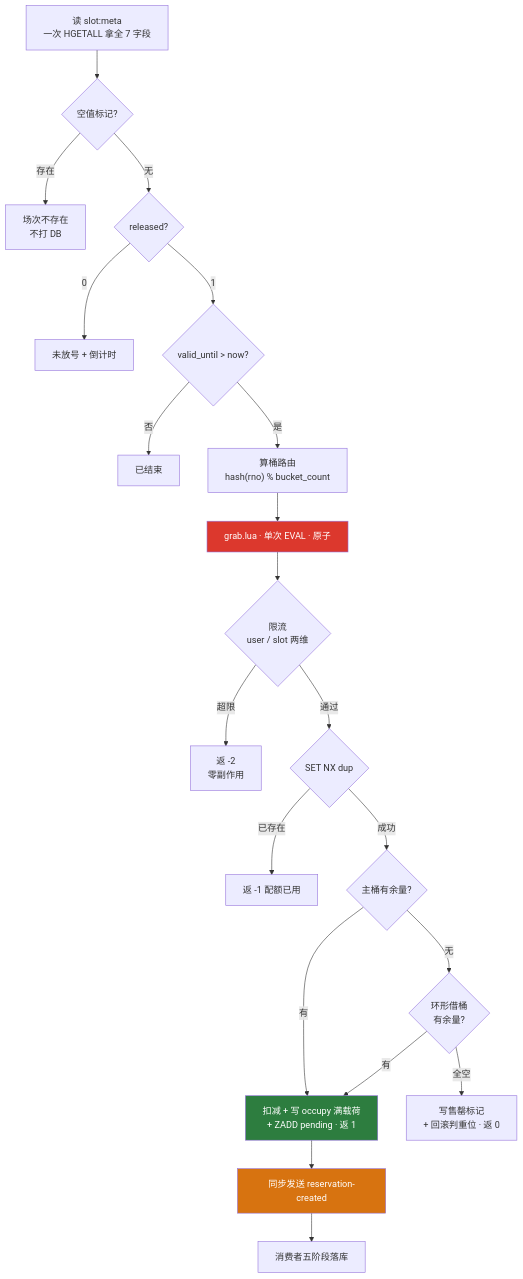
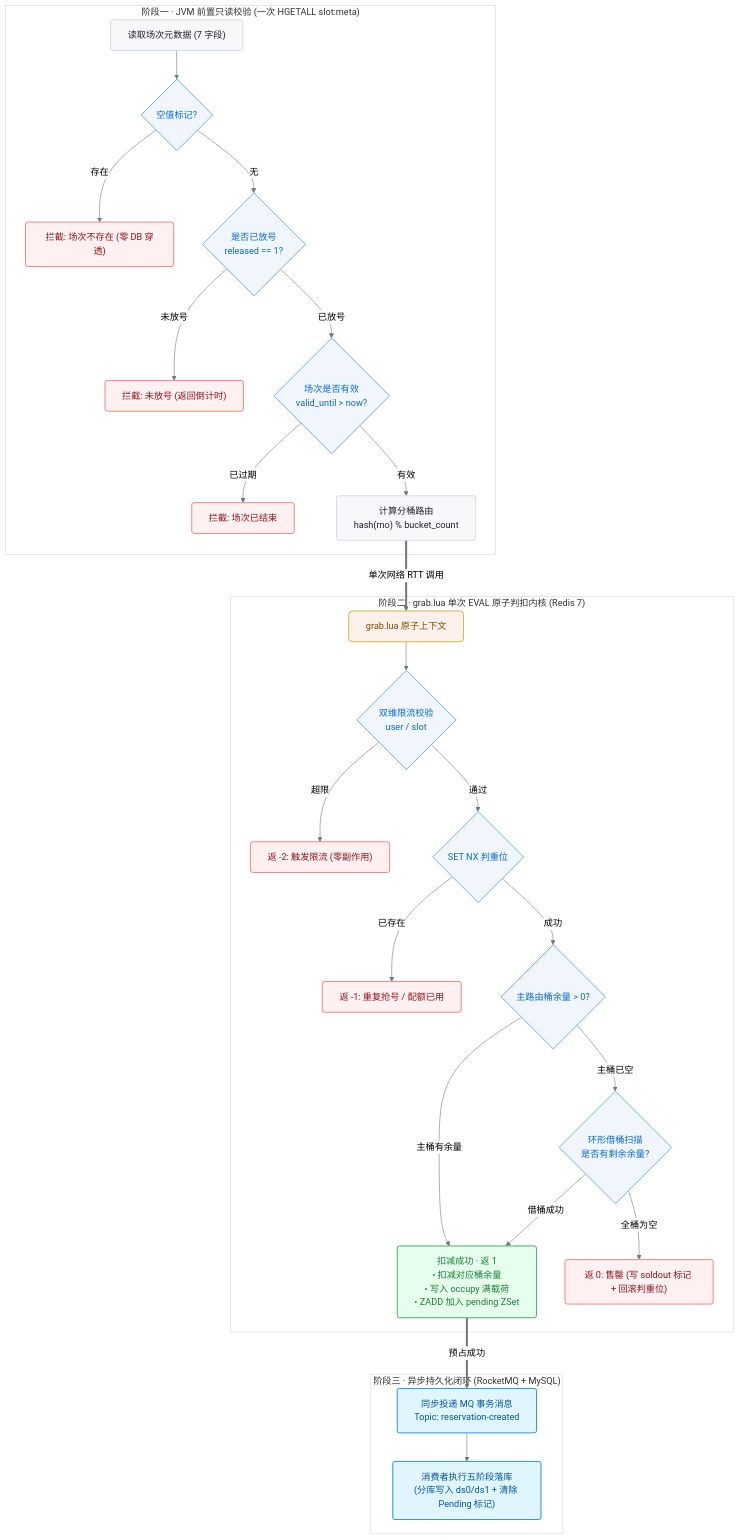
Before and after one commit to s1oopX/ReserveX: the second of 2 diagrams in README.md, drawn with Mermaid. The commit also changed other lines of this file, not shown here.

````diff
--- a/README.md
+++ b/README.md
@@ -211,29 +242,81 @@
 ```mermaid
+%%{init: {'theme': 'neutral', 'themeVariables': { 'clusterBkg': '#ffffff', 'clusterBorder': '#d0d7de', 'primaryColor': '#f6f8fa', 'primaryBorderColor': '#d0d7de', 'lineColor': '#6e7681' }}}%%
 flowchart TD
-    S["读 slot:meta<br/>一次 HGETALL 拿全 7 字段"] --> Q1{"空值标记?"}
-    Q1 -->|存在| E1["场次不存在<br/>不打 DB"]
-    Q1 -->|无| Q2{"released?"}
-    Q2 -->|0| E2["未放号 + 倒计时"]
-    Q2 -->|1| Q3{"valid_until > now?"}
-    Q3 -->|否| E3["已结束"]
-    Q3 -->|是| R["算桶路由<br/>hash(rno) % bucket_count"]
+    %% 统一现代工业级配色规范
+    classDef default fill:#f6f8fa,stroke:#d0d7de,stroke-width:1.5px,color:#1f2328,rx:4px,ry:4px;
+    classDef decision fill:#f0f6fc,stroke:#58a6ff,stroke-width:1.5px,color:#0969da;
+    classDef reject fill:#fff0f2,stroke:#f85149,stroke-width:1.2px,color:#8e1519,rx:4px,ry:4px;
+    classDef success fill:#e6ffed,stroke:#2da44e,stroke-width:1.5px,color:#1a7f37,rx:4px,ry:4px;
+    classDef luaCore fill:#fbf0ea,stroke:#d4a72c,stroke-width:1.5px,color:#7d4e00,rx:6px,ry:6px;
+    classDef asyncStage fill:#e1f5fe,stroke:#0288d1,stroke-width:1.5px,color:#01579b,rx:4px,ry:4px;
 
-    R --> LUA["grab.lua · 单次 EVAL · 原子"]
+    %% 阶段一：前置只读准入校验
+    subgraph STAGE_1 ["阶段一 · JVM 前置只读校验 (一次 HGETALL slot:meta)"]
+        S["读取场次元数据 (7 字段)"]
+        Q1{"空值标记?"}:::decision
+        E1["拦截: 场次不存在 (零 DB 穿透)"]:::reject
+        
+        Q2{"是否已放号<br/>released == 1?"}:::decision
+        E2["拦截: 未放号 (返回倒计时)"]:::reject
+        
+        Q3{"场次是否有效<br/>valid_until > now?"}:::decision
+        E3["拦截: 场次已结束"]:::reject
+        
+        R["计算分桶路由<br/>hash(rno) % bucket_count"]
+    end
 
-    LUA --> G1{"限流<br/>user / slot 两维"}
-    G1 -->|超限| X1["返 -2<br/>零副作用"]
-    G1 -->|通过| G2{"SET NX dup"}
-    G2 -->|已存在| X2["返 -1 配额已用"]
-    G2 -->|成功| G3{"主桶有余量?"}
-    G3 -->|有| OK["扣减 + 写 occupy 满载荷<br/>+ ZADD pending · 返 1"]
-    G3 -->|无| G4{"环形借桶<br/>有余量?"}
-    G4 -->|有| OK
-    G4 -->|全空| X3["写售罄标记<br/>+ 回滚判重位 · 返 0"]
+    %% 阶段二：Lua 原子执行内核
+    subgraph STAGE_2 ["阶段二 · grab.lua 单次 EVAL 原子判扣内核 (Redis 7)"]
+        LUA["grab.lua 原子上下文"]:::luaCore
+        
+        G1{"双维限流校验<br/>user / slot"}:::decision
+        X1["返 -2: 触发限流 (零副作用)"]:::reject
+        
+        G2{"SET NX 判重位"}:::decision
+        X2["返 -1: 重复抢号 / 配额已用"]:::reject
+        
+        G3{"主路由桶余量 > 0?"}:::decision
+        G4{"环形借桶扫描<br/>是否有剩余余量?"}:::decision
+        X3["返 0: 售罄 (写 soldout 标记 + 回滚判重位)"]:::reject
+        
+        OK["扣减成功 · 返 1<br/>• 扣减对应桶余量<br/>• 写入 occupy 满载荷<br/>• ZADD 加入 pending ZSet"]:::success
+    end
 
-    OK --> MQ["同步发送 reservation-created"]
-    MQ --> CON["消费者五阶段落库"]
+    %% 阶段三：异步削峰落库
+    subgraph STAGE_3 ["阶段三 · 异步持久化闭环 (RocketMQ + MySQL)"]
+        MQ["同步投递 MQ 事务消息<br/>Topic: reservation-created"]:::asyncStage
+        CON["消费者执行五阶段落库<br/>(分库写入 ds0/ds1 + 清除 Pending 标记)"]:::asyncStage
+    end
 
-    style LUA fill:#dc382d,color:#fff
-    style OK fill:#2d7d3f,color:#fff
-    style MQ fill:#d77310,color:#fff
+    %% 阶段一流转
+    S --> Q1
+    Q1 -->|存在| E1
+    Q1 -->|无| Q2
+    Q2 -->|未放号| E2
+    Q2 -->|已放号| Q3
+    Q3 -->|已过期| E3
+    Q3 -->|有效| R
+
+    %% 跨阶段：进入 Lua 脚本
+    R ==>|单次网络 RTT 调用| LUA
+
+    %% 阶段二流转
+    LUA --> G1
+    G1 -->|超限| X1
+    G1 -->|通过| G2
+    G2 -->|已存在| X2
+    G2 -->|成功| G3
+    G3 -->|主桶有余量| OK
+    G3 -->|主桶已空| G4
+    G4 -->|借桶成功| OK
+    G4 -->|全桶为空| X3
+
+    %% 跨阶段：进入 MQ
+    OK ==>|预占成功| MQ
+    MQ --> CON
+
+    %% 消除外框默认黄色
+    style STAGE_1 fill:#ffffff,stroke:#d0d7de,stroke-width:1px
+    style STAGE_2 fill:#ffffff,stroke:#d0d7de,stroke-width:1px
+    style STAGE_3 fill:#ffffff,stroke:#d0d7de,stroke-width:1px
 ```
````
